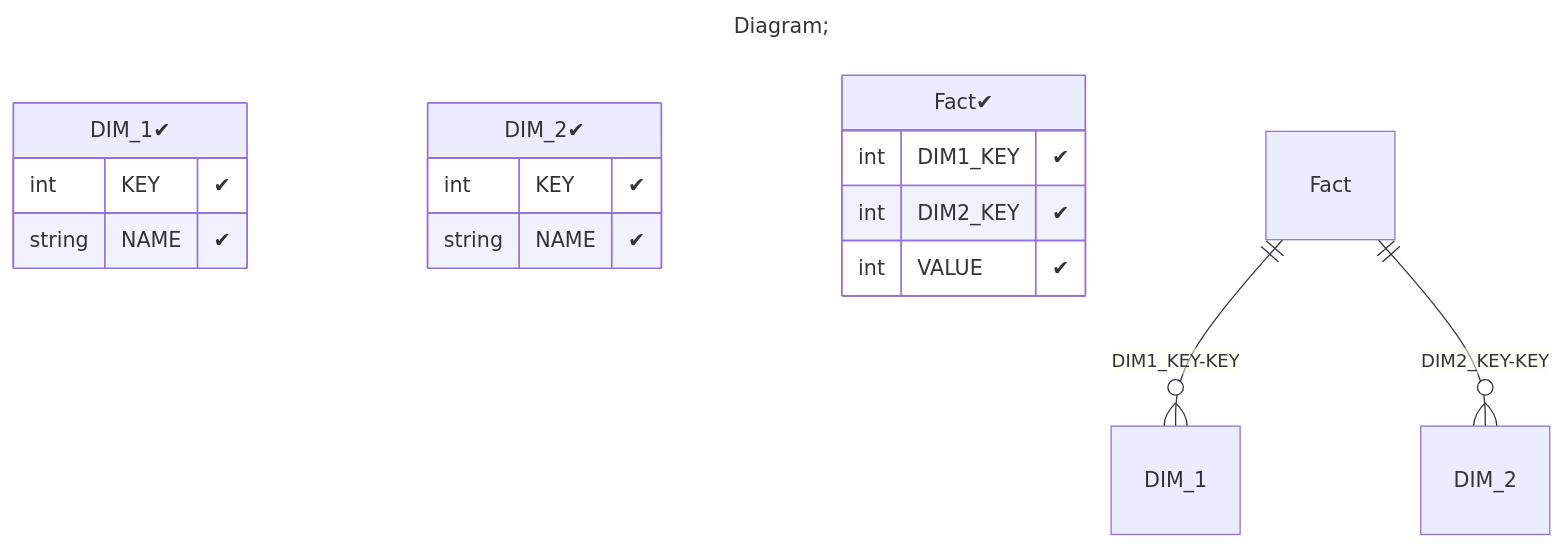
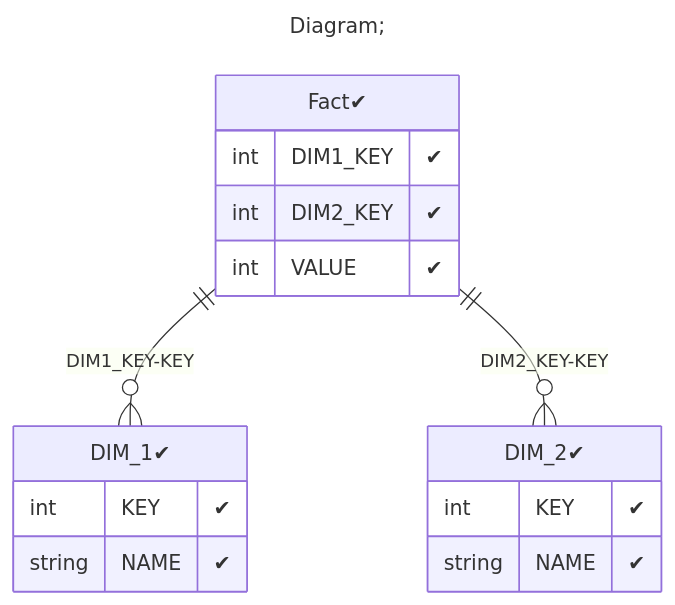
One commit to xmla-services/workground changed the third of 3 diagrams in demo/server/catalogs/min_Dimension_multiple/README.MD. Above: the diagram before and after it, drawn with Mermaid. The commit also changed 16 other files, not shown here.

Commit message:
tutorials. add flags (positive, negative) in database diagram Signed-off-by: dbulahov <bulahovdenis@gmail.com>

````diff
--- a/demo/server/catalogs/min_Dimension_multiple/README.MD
+++ b/demo/server/catalogs/min_Dimension_multiple/README.MD
@@ -113,22 +113,22 @@
 ```mermaid
 ---
 title: Diagram;
 ---
 erDiagram
 "DIM_1✔"{
 int KEY "✔"
 string NAME "✔"
 }
 "DIM_2✔"{
 int KEY "✔"
 string NAME "✔"
 }
 "Fact✔"{
 int DIM1_KEY "✔"
 int DIM2_KEY "✔"
 int VALUE "✔"
 }
 
-"Fact" ||--o{ "DIM_1" : "DIM1_KEY-KEY"
-"Fact" ||--o{ "DIM_2" : "DIM2_KEY-KEY"
+"Fact✔" ||--o{ "DIM_1✔" : "DIM1_KEY-KEY"
+"Fact✔" ||--o{ "DIM_2✔" : "DIM2_KEY-KEY"
 ```
````
